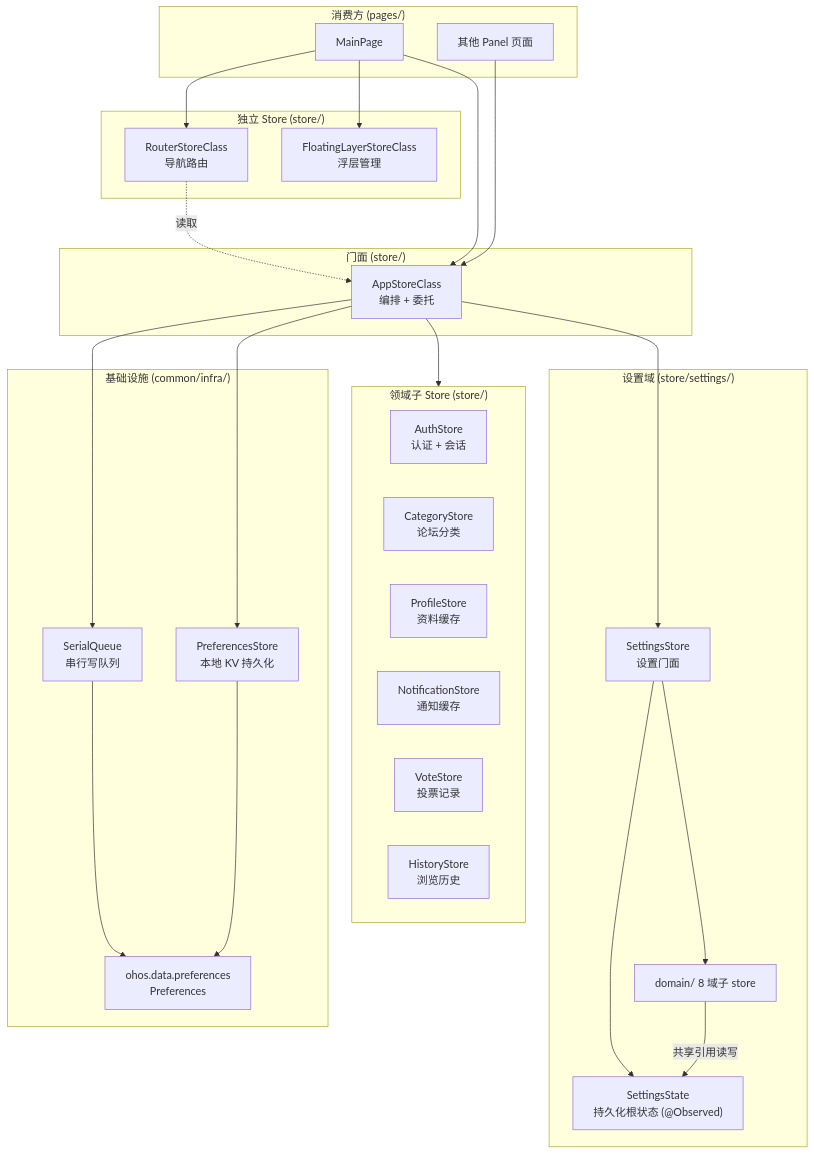
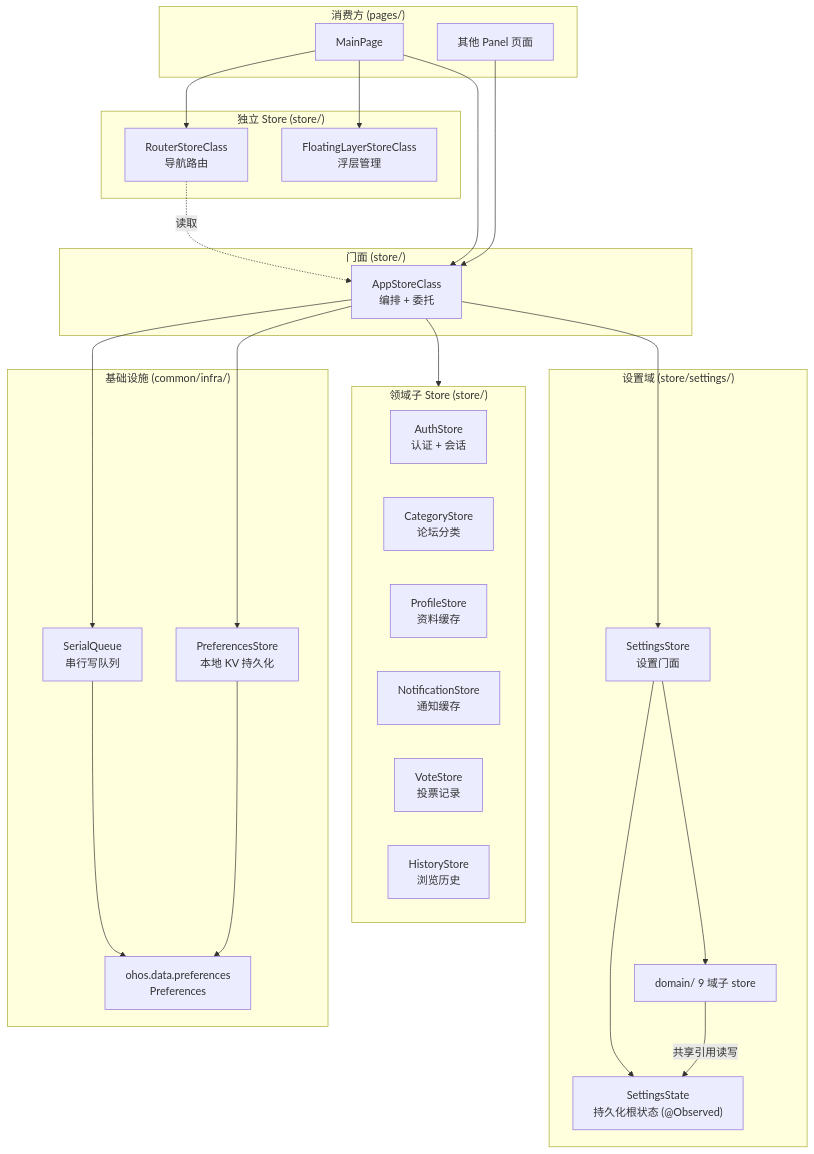
The first of 2 diagrams in .wiki/状态管理层/Store架构.md (wgzysq-rgb/nga_harmony), drawn with Mermaid before and after one commit. The commit also changed other lines of this file and 9 other files, not shown here.

````diff
--- a/.wiki/状态管理层/Store架构.md
+++ b/.wiki/状态管理层/Store架构.md
@@ -9,52 +9,52 @@
 ```mermaid
 graph TB
     subgraph Facade["门面 (store/)"]
         AStore["AppStoreClass<br/>编排 + 委托"]
     end
 
     subgraph Children["领域子 Store (store/)"]
         Auth["AuthStore<br/>认证 + 会话"]
         Cat["CategoryStore<br/>论坛分类"]
         Profile["ProfileStore<br/>资料缓存"]
         Noti["NotificationStore<br/>通知缓存"]
         Vote["VoteStore<br/>投票记录"]
         History["HistoryStore<br/>浏览历史"]
     end
 
     subgraph Settings["设置域 (store/settings/)"]
         SSett["SettingsStore<br/>设置门面"]
         SState["SettingsState<br/>持久化根状态 (@Observed)"]
-        SDom["domain/ 8 域子 store"]
+        SDom["domain/ 9 域子 store"]
         SSett --> SState
         SSett --> SDom
         SDom -->|"共享引用读写"| SState
     end
 
     subgraph Other["独立 Store (store/)"]
         RStore["RouterStoreClass<br/>导航路由"]
         FLStore["FloatingLayerStoreClass<br/>浮层管理"]
     end
 
     subgraph Infra["基础设施 (common/infra/)"]
         PStore["PreferencesStore<br/>本地 KV 持久化"]
         SQ["SerialQueue<br/>串行写队列"]
         PS["ohos.data.preferences<br/>Preferences"]
     end
 
     subgraph Consumer["消费方 (pages/)"]
         MPage["MainPage"]
         Others["其他 Panel 页面"]
     end
 
     AStore --> Children
     AStore --> SSett
     AStore --> PStore
     AStore --> SQ
     SQ --> PS
     PStore --> PS
     RStore -.->|"读取"| AStore
     MPage --> RStore
     MPage --> AStore
     MPage --> FLStore
     Others --> AStore
 ```
````
